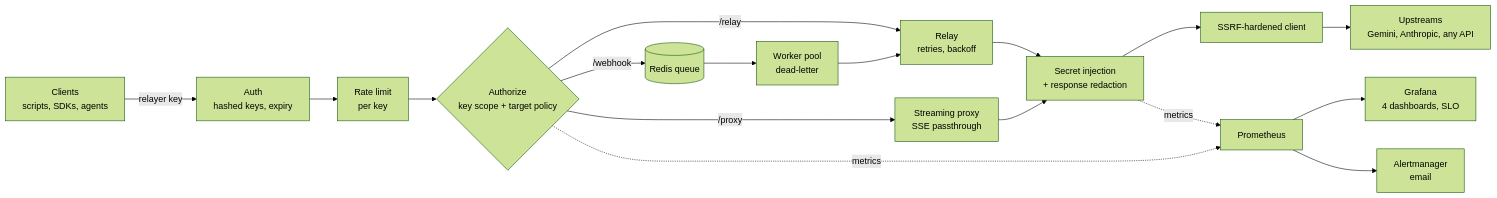
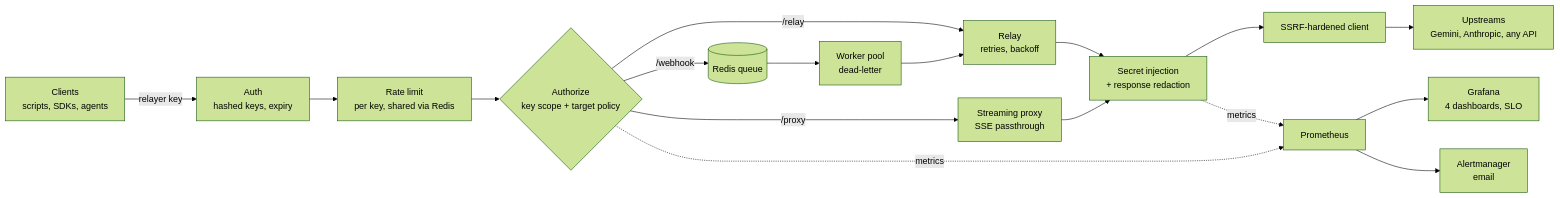
The diagram in README.md (ricardo1slas/credential-relayer), drawn with Mermaid (forest theme) before and after one commit. The commit also changed other lines of this file and 1 other file, not shown here.

````diff
--- a/README.md
+++ b/README.md
@@ -22,16 +49,16 @@
 ```mermaid
 flowchart LR
   C[Clients<br/>scripts, SDKs, agents] -->|relayer key| A[Auth<br/>hashed keys, expiry]
-  A --> RL[Rate limit<br/>per key]
+  A --> RL[Rate limit<br/>per key, shared via Redis]
   RL --> G{Authorize<br/>key scope + target policy}
   G -->|/relay| R[Relay<br/>retries, backoff]
   G -->|/webhook| Q[(Redis queue)] --> W[Worker pool<br/>dead-letter] --> R
   G -->|/proxy| S[Streaming proxy<br/>SSE passthrough]
   R --> I[Secret injection<br/>+ response redaction]
   S --> I
   I --> H[SSRF-hardened client] --> U[Upstreams<br/>Gemini, Anthropic, any API]
   G -.metrics.-> P[Prometheus]
   I -.metrics.-> P
   P --> GF[Grafana<br/>4 dashboards, SLO]
   P --> AM[Alertmanager<br/>email]
 ```
````
